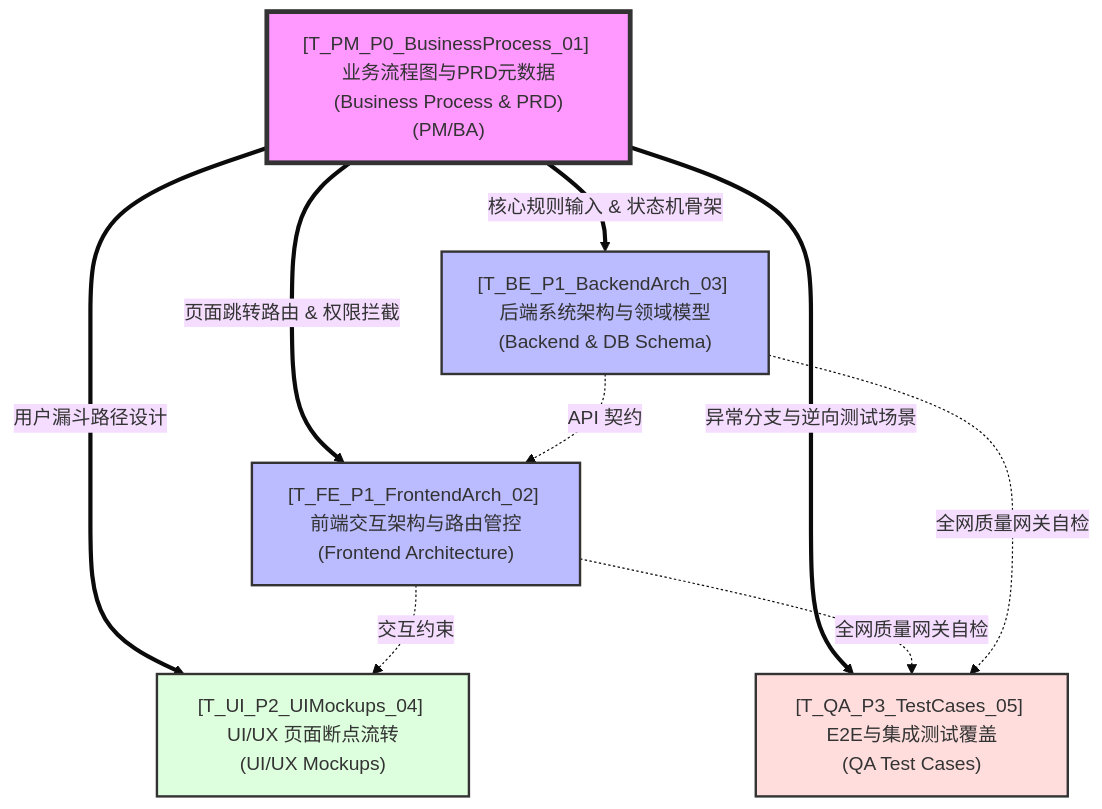
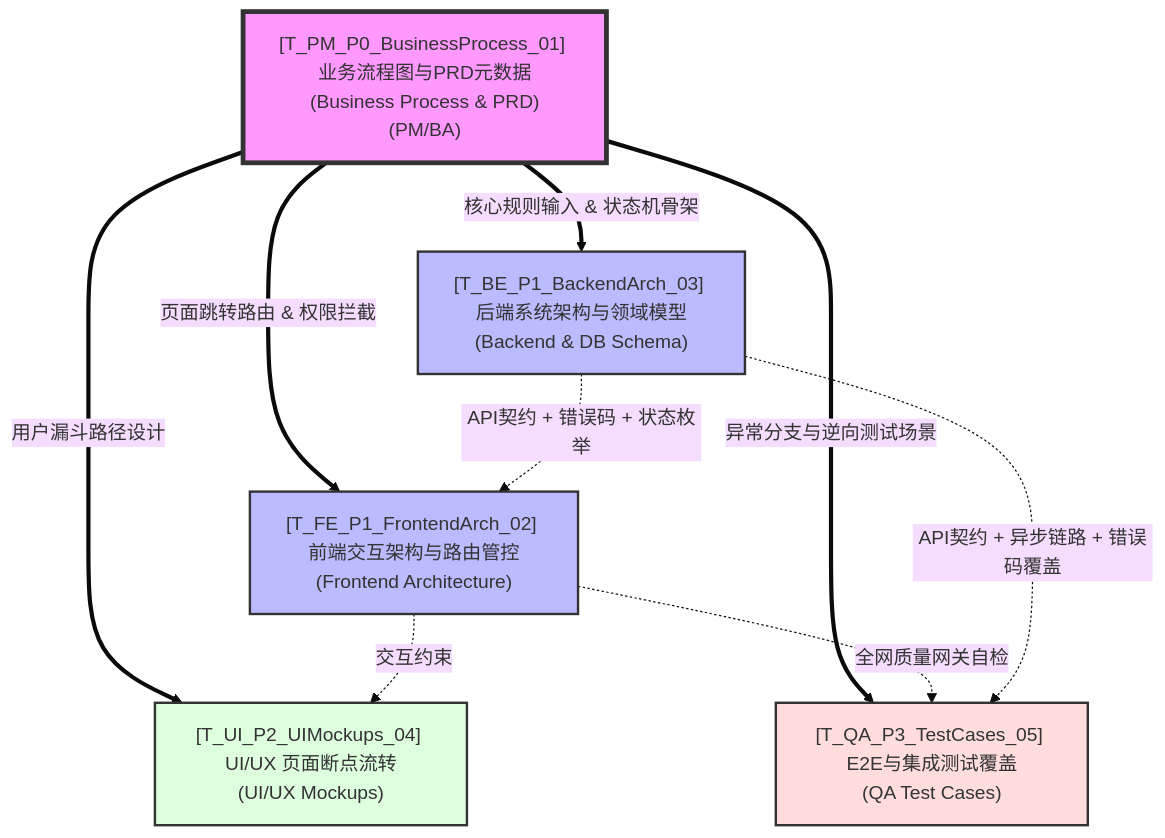
One commit to allenthinkingabu-hub/kareem changed the diagram in context/sop/Project_Global_IO_Pipeline_Template.md. Above: the diagram before and after it, drawn with Mermaid (base theme). The commit also changed other lines of this file and 4 other files, not shown here.

Commit message:
docs: add implementation plan and architecture templates while updating prompt and project documentation

````diff
--- a/context/sop/Project_Global_IO_Pipeline_Template.md
+++ b/context/sop/Project_Global_IO_Pipeline_Template.md
@@ -12,30 +12,30 @@
 ```mermaid
 flowchart TD
     %% 样式定义
     classDef rootNode fill:#f9f,stroke:#333,stroke-width:4px
     classDef archNode fill:#bbf,stroke:#333,stroke-width:2px
     classDef uiNode fill:#dfd,stroke:#333,stroke-width:2px
     classDef qaNode fill:#fdd,stroke:#333,stroke-width:2px
 
     %% 节点定义
     T_PM_P0_BusinessProcess_01["[T_PM_P0_BusinessProcess_01] 业务流程图与PRD元数据\n(Business Process & PRD)\n(PM/BA)"]:::rootNode
     
     T_FE_P1_FrontendArch_02["[T_FE_P1_FrontendArch_02] 前端交互架构与路由管控\n(Frontend Architecture)"]:::archNode
     T_BE_P1_BackendArch_03["[T_BE_P1_BackendArch_03] 后端系统架构与领域模型\n(Backend & DB Schema)"]:::archNode
     
     T_UI_P2_UIMockups_04["[T_UI_P2_UIMockups_04] UI/UX 页面断点流转\n(UI/UX Mockups)"]:::uiNode
     
     T_QA_P3_TestCases_05["[T_QA_P3_TestCases_05] E2E与集成测试覆盖\n(QA Test Cases)"]:::qaNode
 
     %% 拓扑依赖 (DAG)
     T_PM_P0_BusinessProcess_01 ==>|核心规则输入 & 状态机骨架| T_BE_P1_BackendArch_03
     T_PM_P0_BusinessProcess_01 ==>|页面跳转路由 & 权限拦截| T_FE_P1_FrontendArch_02
     T_PM_P0_BusinessProcess_01 ==>|用户漏斗路径设计| T_UI_P2_UIMockups_04
     T_PM_P0_BusinessProcess_01 ==>|异常分支与逆向测试场景| T_QA_P3_TestCases_05
     
-    T_BE_P1_BackendArch_03 -.->|API 契约| T_FE_P1_FrontendArch_02
+    T_BE_P1_BackendArch_03 -.->|API契约 + 错误码 + 状态枚举| T_FE_P1_FrontendArch_02
     T_FE_P1_FrontendArch_02 -.->|交互约束| T_UI_P2_UIMockups_04
     
     T_FE_P1_FrontendArch_02 -.->|全网质量网关自检| T_QA_P3_TestCases_05
-    T_BE_P1_BackendArch_03 -.->|全网质量网关自检| T_QA_P3_TestCases_05
+    T_BE_P1_BackendArch_03 -.->|API契约 + 异步链路 + 错误码覆盖| T_QA_P3_TestCases_05
 ```
````
